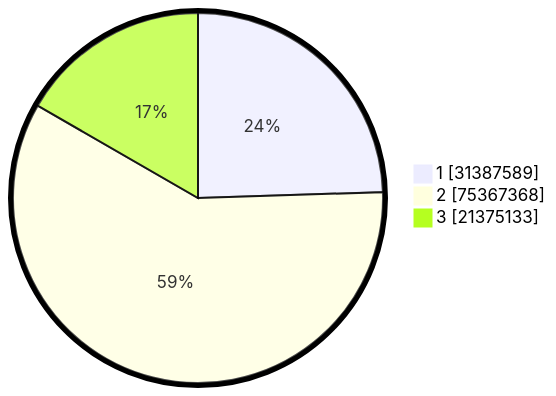
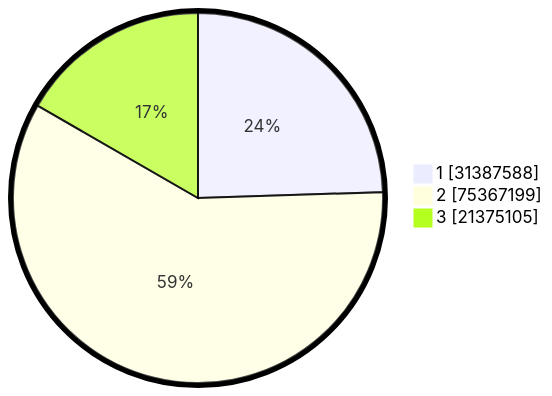
Before and after one commit to gigit-pemilu/pemilu-2024: the second of 2 diagrams in pilpres/hitung-suara/README.md, drawn with Mermaid. The commit also changed other lines of this file and 5 other files, not shown here.

````diff
--- a/pilpres/hitung-suara/README.md
+++ b/pilpres/hitung-suara/README.md
@@ -93,7 +93,7 @@
 ```mermaid
 %%{init: {"pie": {"textPosition": 0.5}, "themeVariables": {"pieOuterStrokeWidth": "5px"}} }%%
 pie showData
-    "1" : 31387589
-    "2" : 75367368
-    "3" : 21375133
+    "1" : 31387588
+    "2" : 75367199
+    "3" : 21375105
 ```
````
